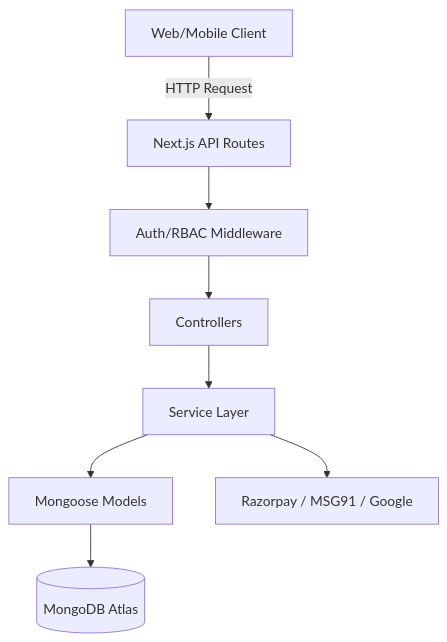
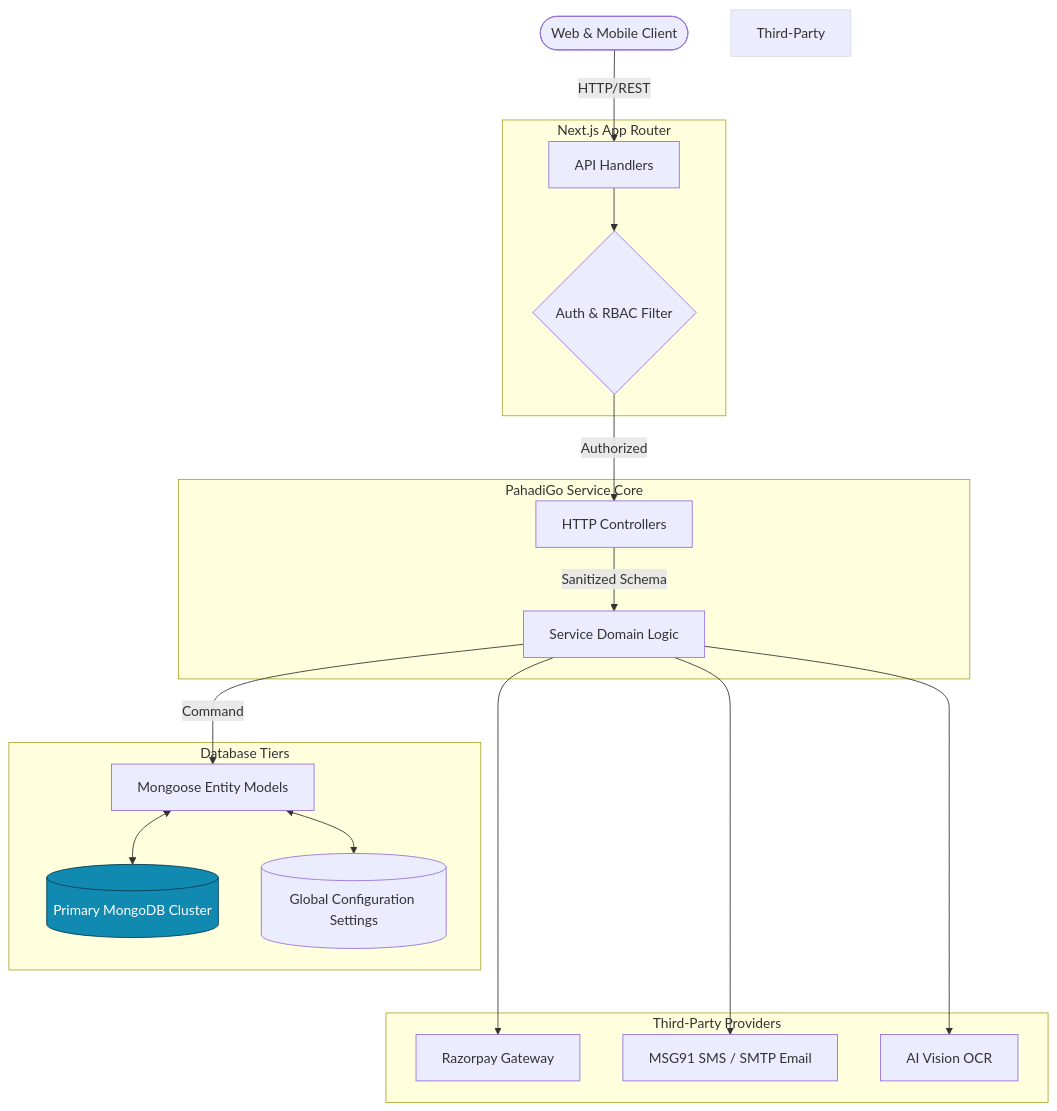
Before and after one commit to ermradulsharma/pahadigo: the diagram in ARCHITECTURE.md, drawn with Mermaid. The commit also changed other lines of this file and 71 other files, not shown here.

````diff
--- a/ARCHITECTURE.md
+++ b/ARCHITECTURE.md
@@ -44,10 +42,51 @@
 ```mermaid
 graph TD
-    Client[Web/Mobile Client] -->|HTTP Request| APIRouter[Next.js API Routes]
-    APIRouter --> Middleware[Auth/RBAC Middleware]
-    Middleware --> Controller[Controllers]
-    Controller --> Service[Service Layer]
-    Service --> Model[Mongoose Models]
-    Model --> DB[(MongoDB Atlas)]
-    Service --> ThirdParty[Razorpay / MSG91 / Google]
+    %% Base Network
+    Client([Web & Mobile Client])
+    
+    %% Next.js Subsystem
+    subgraph Next.js App Router
+      APIRouter[API Handlers]
+      Middleware{Auth & RBAC Filter}
+    end
+
+    %% PahadiGo Core Engine
+    subgraph PahadiGo Service Core
+      Controller[HTTP Controllers]
+      ServiceTier[Service Domain Logic]
+    end
+
+    %% Persistence
+    subgraph Database Tiers
+      Model[Mongoose Entity Models]
+      DB[(Primary MongoDB Cluster)]
+      Cache[(Global Configuration Settings)]
+    end
+
+    %% External Comm API
+    subgraph Third-Party Providers
+      Gateway[Razorpay Gateway]
+      Comms[MSG91 SMS / SMTP Email]
+      ML[AI Vision OCR]
+    end
+
+    %% Connection Traces
+    Client -->|HTTP/REST| APIRouter
+    APIRouter --> Middleware
+    Middleware -->|Authorized| Controller
+    Controller -->|Sanitized Schema| ServiceTier
+    
+    %% Persistence Data Trace
+    ServiceTier -->|Command| Model
+    Model <--> DB
+    Model <--> Cache
+    
+    %% Network Providers
+    ServiceTier ----> Gateway
+    ServiceTier ----> Comms
+    ServiceTier ----> ML
+
+    %% Styling
+    style DB fill:#118ab2,stroke:#073b4c,color:#fff
+    style Third-Party Providers fill:#f9f9f9,stroke:#ddd
 ```
````
